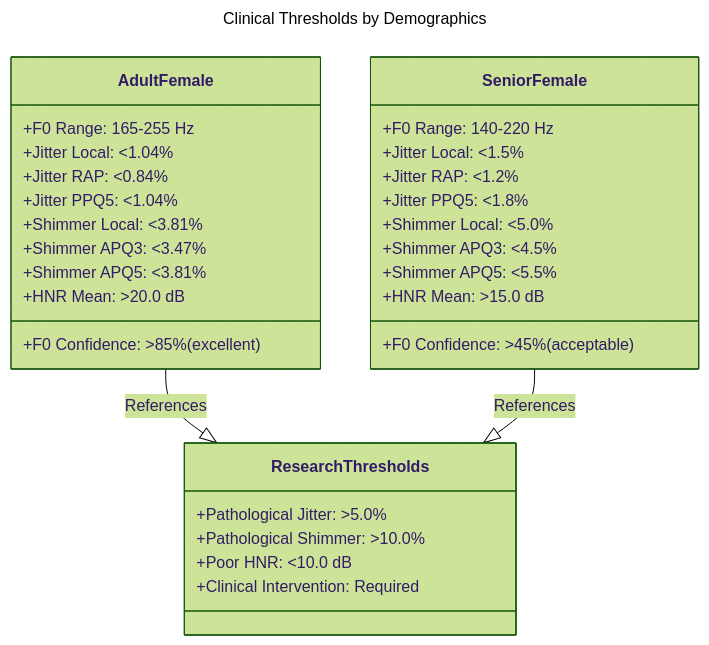
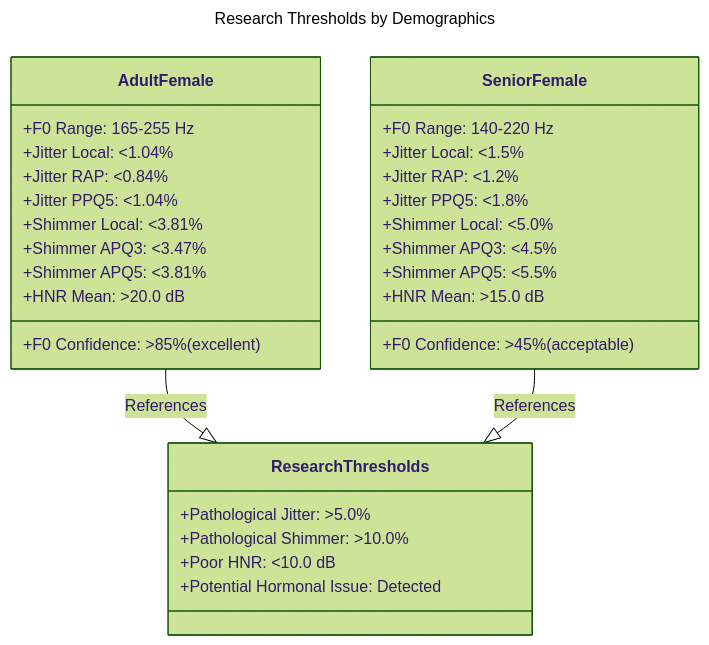
One commit to PoisonIvory/sage changed the third of 5 diagrams in DATA_PIPELINE.md. Above: the diagram before and after it, drawn with Mermaid (forest theme). The commit also changed other lines of this file and 1 other file, not shown here.

Commit message:
Update documentation language: replace clinical claims with research-appropriate terminology

````diff
--- a/DATA_PIPELINE.md
+++ b/DATA_PIPELINE.md
@@ -170,39 +170,39 @@
 ```mermaid
 ---
-title: Clinical Thresholds by Demographics
+title: Research Thresholds by Demographics
 ---
 classDiagram
     class AdultFemale {
         +F0 Range: 165-255 Hz
         +Jitter Local: <1.04%
         +Jitter RAP: <0.84%
         +Jitter PPQ5: <1.04%
         +Shimmer Local: <3.81%
         +Shimmer APQ3: <3.47%
         +Shimmer APQ5: <3.81%
         +HNR Mean: >20.0 dB
         +F0 Confidence: >85% (excellent)
     }
     
     class SeniorFemale {
         +F0 Range: 140-220 Hz
         +Jitter Local: <1.5%
         +Jitter RAP: <1.2%
         +Jitter PPQ5: <1.8%
         +Shimmer Local: <5.0%
         +Shimmer APQ3: <4.5%
         +Shimmer APQ5: <5.5%
         +HNR Mean: >15.0 dB
         +F0 Confidence: >45% (acceptable)
     }
     
     class ResearchThresholds {
         +Pathological Jitter: >5.0%
         +Pathological Shimmer: >10.0%
         +Poor HNR: <10.0 dB
-        +Clinical Intervention: Required
+        +Potential Hormonal Issue: Detected
     }
     
     AdultFemale --|> ResearchThresholds : References
     SeniorFemale --|> ResearchThresholds : References
 ```
````
